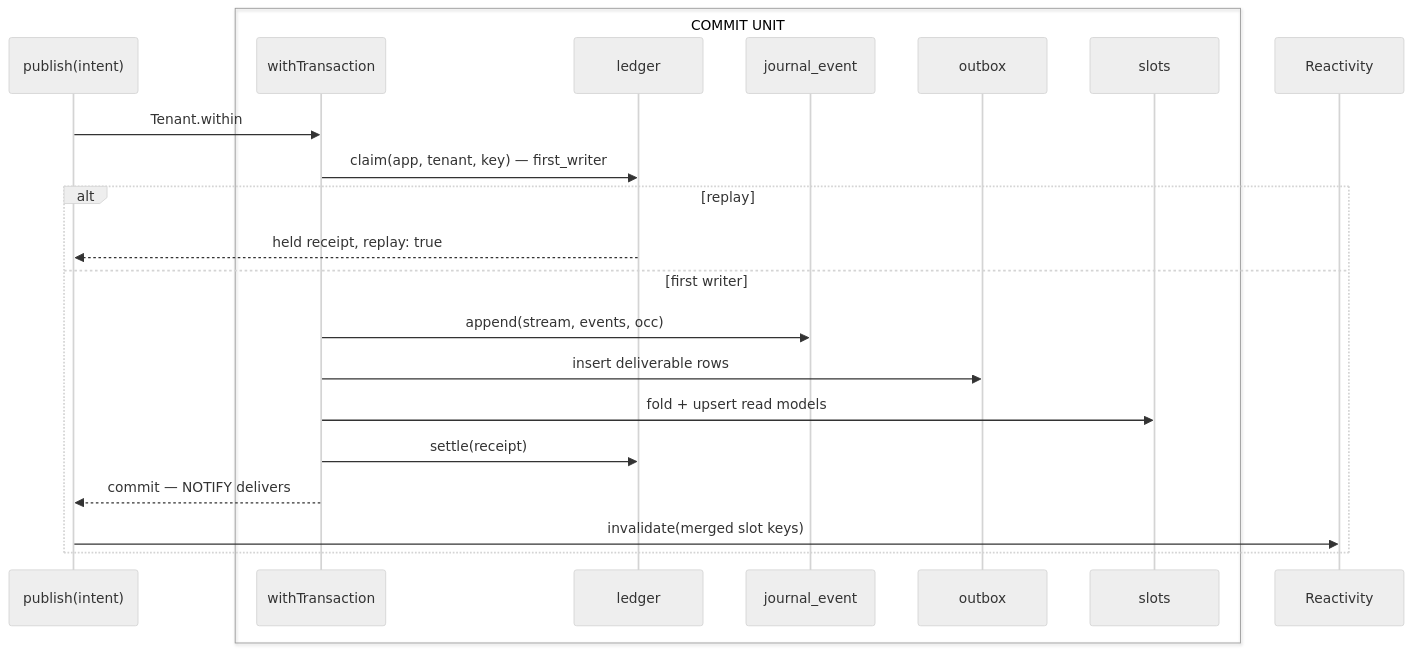
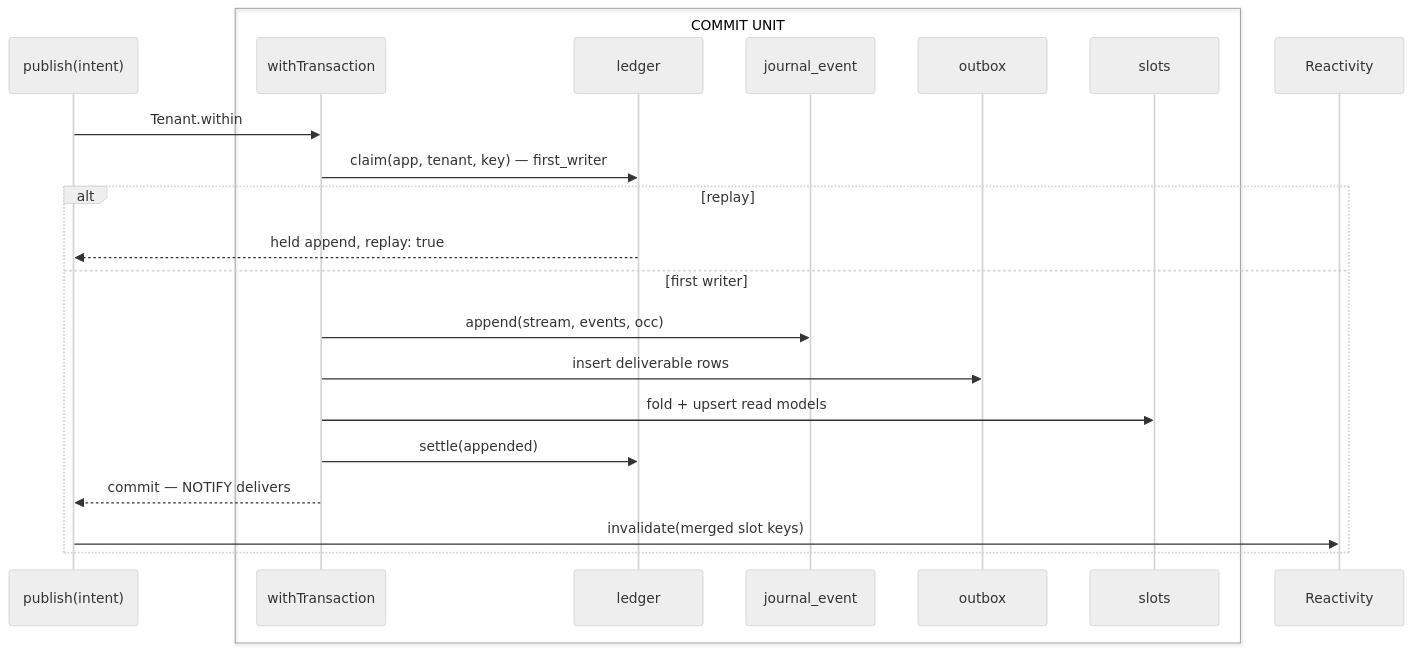
Before and after one commit to bsamiee/Rasm: the diagram in libs/typescript/data/.planning/journal/append.md, drawn with Mermaid (neutral theme). The commit also changed other lines of this file and 1417 other files, not shown here.

````diff
--- a/libs/typescript/data/.planning/journal/append.md
+++ b/libs/typescript/data/.planning/journal/append.md
@@ -551,26 +551,26 @@
 ```mermaid
 sequenceDiagram
   accTitle: Atomic journal publish
-  accDescr: The transaction claims idempotency, appends events and deliverables, projects slots, settles the receipt, commits, and then invalidates reactive readers.
+  accDescr: The transaction claims idempotency, appends events and deliverables, projects slots, settles the append, commits, and then invalidates reactive readers.
   participant P as publish(intent)
   box transparent COMMIT UNIT
     participant T as withTransaction
     participant L as ledger
     participant J as journal_event
     participant O as outbox
     participant S as slots
   end
   participant R as Reactivity
   P->>T: Tenant.within
   T->>L: claim(app, tenant, key) — first_writer
   alt replay
-    L-->>P: held receipt, replay: true
+    L-->>P: held append, replay: true
   else first writer
     T->>J: append(stream, events, occ)
     T->>O: insert deliverable rows
     T->>S: fold + upsert read models
-    T->>L: settle(receipt)
+    T->>L: settle(appended)
     T-->>P: commit — NOTIFY delivers
     P->>R: invalidate(merged slot keys)
   end
 ```
````
